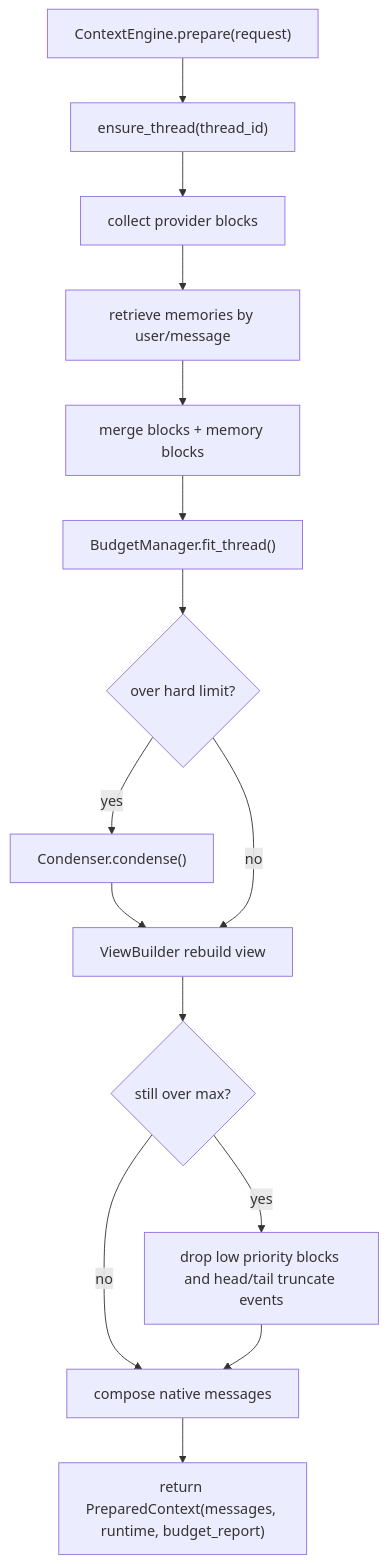
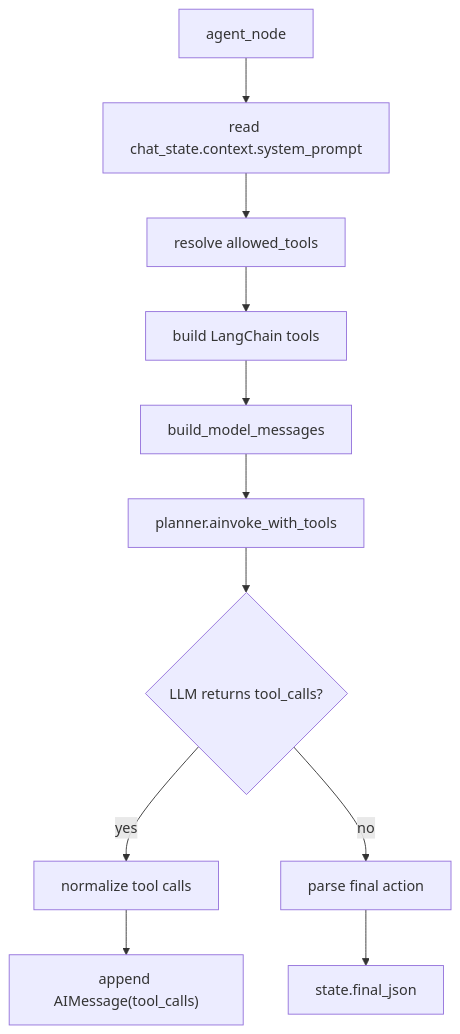
One commit to hellolml/smart-eats-ai-bakend changed the third of 5 diagrams in CONTEXT_ENGINE_LEARNING_GUIDE.md. Above: the diagram before and after it, drawn with Mermaid. The commit also changed other lines of this file and 46 other files, not shown here.

Commit message:
Adopt LangGraph-native context runtime

````diff
--- a/CONTEXT_ENGINE_LEARNING_GUIDE.md
+++ b/CONTEXT_ENGINE_LEARNING_GUIDE.md
@@ -264,17 +246,13 @@
 ```mermaid
 flowchart TD
-    A["ContextEngine.prepare(request)"] --> B["ensure_thread(thread_id)"]
-    B --> C["collect provider blocks"]
-    C --> D["retrieve memories by user/message"]
-    D --> E["merge blocks + memory blocks"]
-    E --> F["BudgetManager.fit_thread()"]
-    F --> G{"over hard limit?"}
-    G -- "yes" --> H["Condenser.condense()"]
-    H --> I["ViewBuilder rebuild view"]
-    G -- "no" --> I
-    I --> J{"still over max?"}
-    J -- "yes" --> K["drop low priority blocks and head/tail truncate events"]
-    J -- "no" --> L["compose native messages"]
-    K --> L
-    L --> M["return PreparedContext(messages, runtime, budget_report)"]
+    A["agent_node"] --> B["read chat_state.context.system_prompt"]
+    B --> C["resolve allowed_tools"]
+    C --> D["build LangChain tools"]
+    D --> E["build_model_messages"]
+    E --> F["planner.ainvoke_with_tools"]
+    F --> G{"LLM returns tool_calls?"}
+    G -->|yes| H["normalize tool calls"]
+    H --> I["append AIMessage(tool_calls)"]
+    G -->|no| J["parse final action"]
+    J --> K["state.final_json"]
 ```
````
